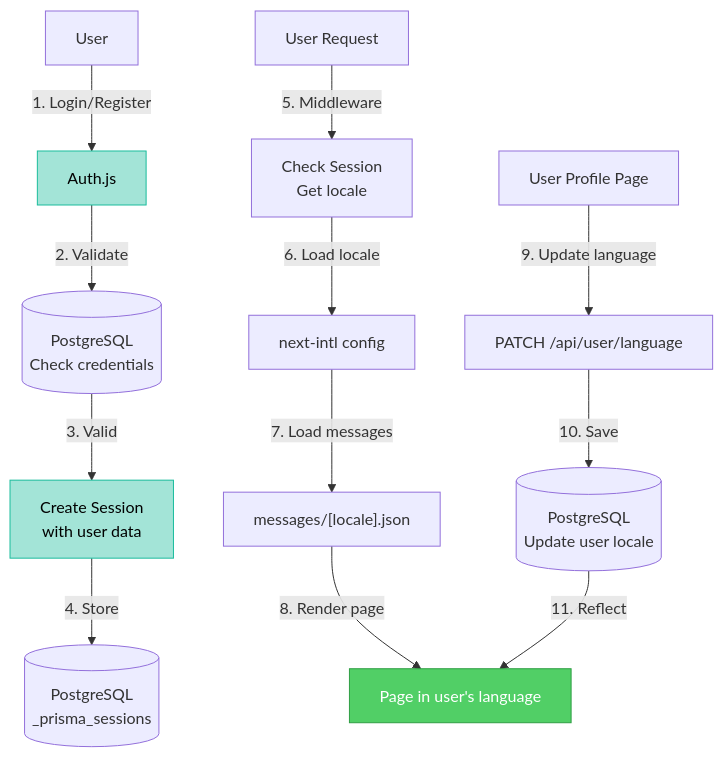
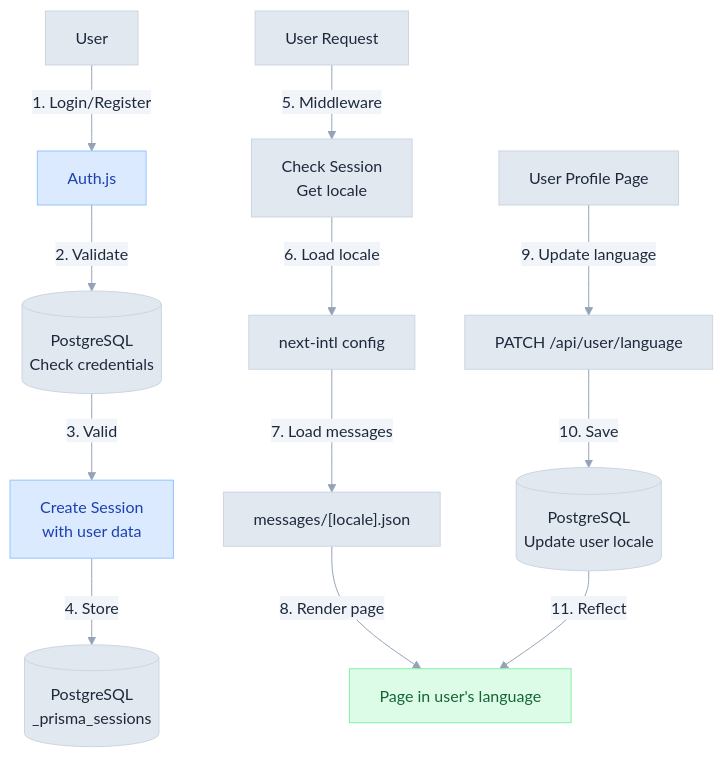
The diagram in doc/authentication-and-user-profiles.md (3DHDSoft/devmultiplier-academy), drawn with Mermaid before and after one commit. The commit also changed 19 other files, not shown here.

````diff
--- a/doc/authentication-and-user-profiles.md
+++ b/doc/authentication-and-user-profiles.md
@@ -26,20 +26,21 @@
 ```mermaid
+%%{init: {'theme': 'base', 'themeVariables': { 'primaryColor': '#e2e8f0', 'primaryTextColor': '#1e293b', 'primaryBorderColor': '#cbd5e1', 'lineColor': '#94a3b8', 'secondaryColor': '#f1f5f9', 'tertiaryColor': '#f8fafc', 'background': '#ffffff', 'textColor': '#334155', 'fontFamily': 'system-ui, -apple-system, sans-serif'}}}%%
 graph TD
     User["User"] -->|1. Login/Register| Auth["Auth.js"]
     Auth -->|2. Validate| DB1[("PostgreSQL<br/>Check credentials")]
     DB1 -->|3. Valid| Session["Create Session<br/>with user data"]
     Session -->|4. Store| DB2[("PostgreSQL<br/>_prisma_sessions")]
 
     Request["User Request"] -->|5. Middleware| Middleware["Check Session<br/>Get locale"]
     Middleware -->|6. Load locale| Config["next-intl config"]
     Config -->|7. Load messages| Messages["messages/[locale].json"]
     Messages -->|8. Render page| Page["Page in user's language"]
 
     UserProfile["User Profile Page"] -->|9. Update language| API["PATCH /api/user/language"]
     API -->|10. Save| DB3[("PostgreSQL<br/>Update user locale")]
     DB3 -->|11. Reflect| Page
 
-    style Auth fill:#a3e4d7,stroke:#1abc9c,color:#000
-    style Session fill:#a3e4d7,stroke:#1abc9c,color:#000
-    style Page fill:#51cf66,stroke:#2f9e44,color:#fff
+    style Auth fill:#dbeafe,stroke:#93c5fd,color:#1e40af
+    style Session fill:#dbeafe,stroke:#93c5fd,color:#1e40af
+    style Page fill:#dcfce7,stroke:#86efac,color:#166534
 ```
````
